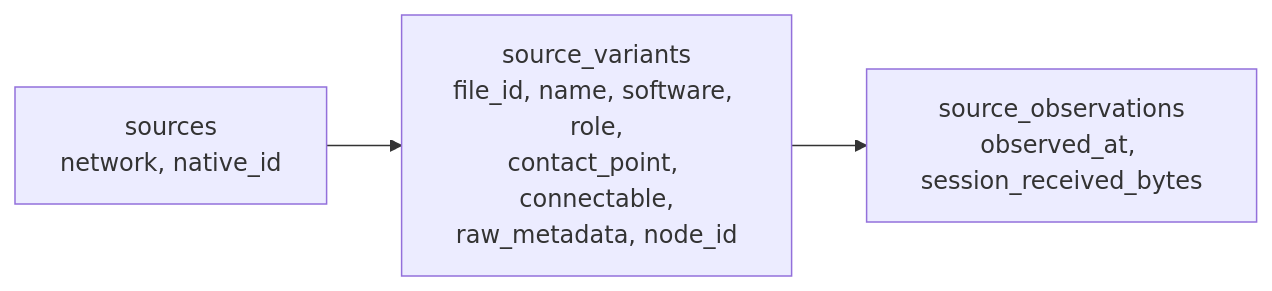
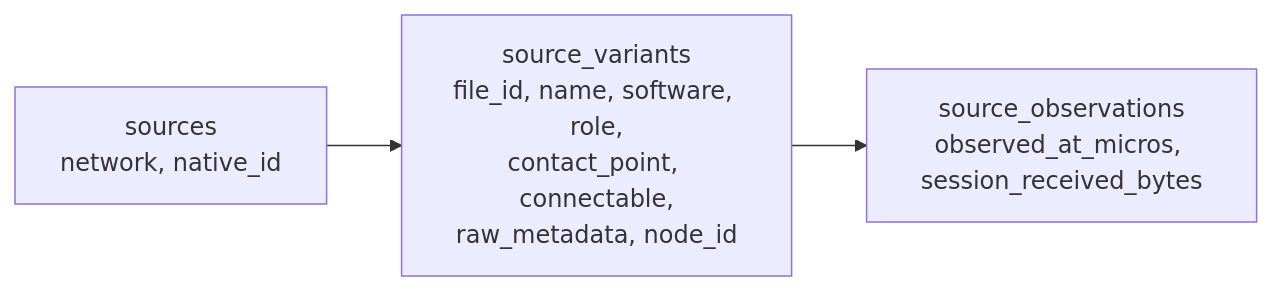
Before and after one commit to mission-titar/p2pwatch: the tenth of 12 diagrams in docs/contributing/architecture.md, drawn with Mermaid. The commit also changed other lines of this file and 29 other files, not shown here.

````diff
--- a/docs/contributing/architecture.md
+++ b/docs/contributing/architecture.md
@@ -607,5 +610,5 @@
 ```mermaid
 flowchart LR
   s["sources<br/>network, native_id"] --> v["source_variants<br/>file_id, name, software, role,<br/>contact_point, connectable,<br/>raw_metadata, node_id"]
-  v --> o["source_observations<br/>observed_at, session_received_bytes"]
+  v --> o["source_observations<br/>observed_at_micros, session_received_bytes"]
 ```
````
